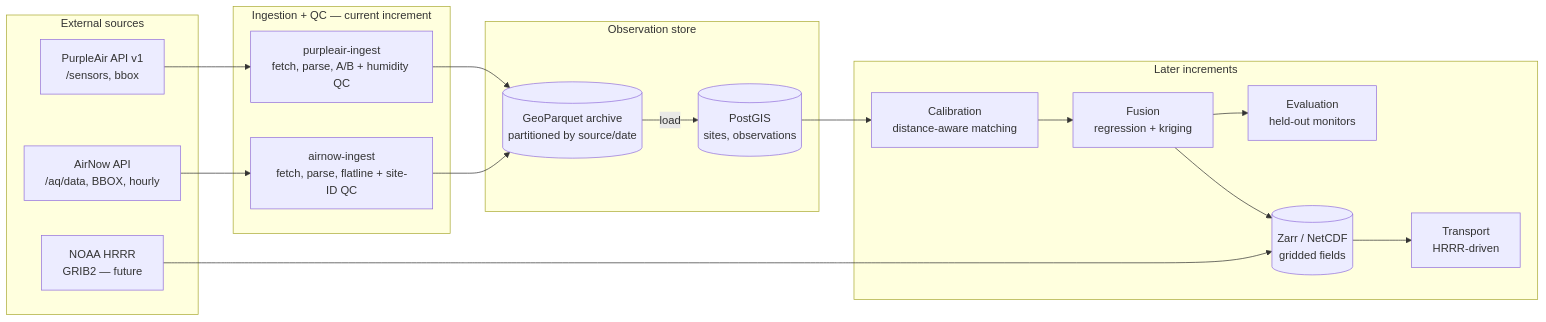
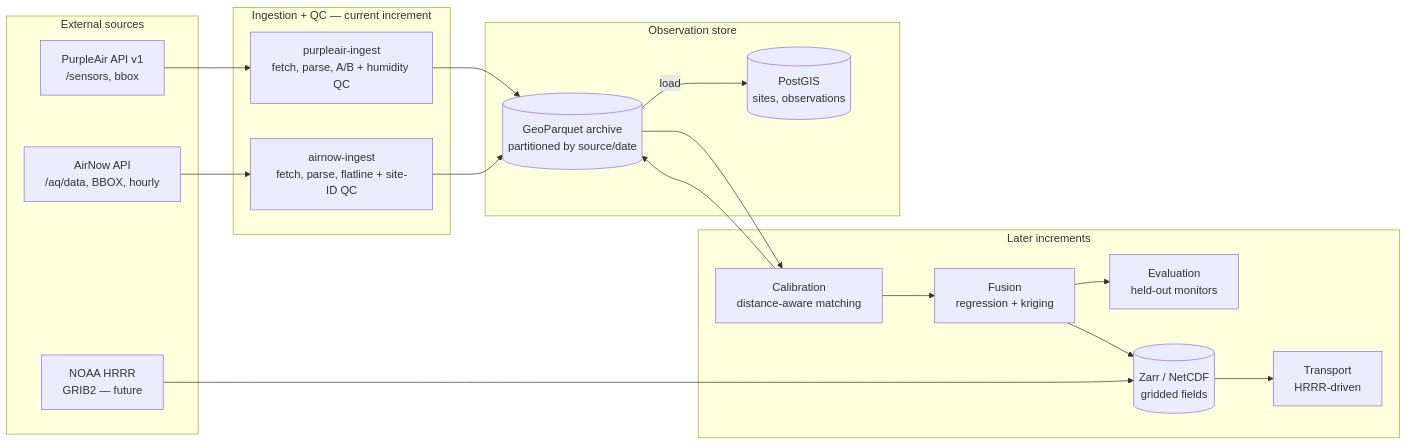
The diagram in docs/high-level-design.md (mattjtravers/air-quality-digital-twin), drawn with Mermaid before and after one commit. The commit also changed other lines of this file and 8 other files, not shown here.

````diff
--- a/docs/high-level-design.md
+++ b/docs/high-level-design.md
@@ -125,33 +125,34 @@
 ```mermaid
 flowchart LR
     subgraph sources [External sources]
         PA[PurpleAir API v1<br/>/sensors, bbox]
         AN[AirNow API<br/>/aq/data, BBOX, hourly]
         HR[NOAA HRRR<br/>GRIB2 — future]
     end
 
     subgraph ingest [Ingestion + QC — current increment]
         PAI[purpleair-ingest<br/>fetch, parse, A/B + humidity QC]
         ANI[airnow-ingest<br/>fetch, parse, flatline + site-ID QC]
     end
 
     subgraph store [Observation store]
         ARC[(GeoParquet archive<br/>partitioned by source/date)]
         PG[(PostGIS<br/>sites, observations)]
     end
 
     subgraph future [Later increments]
         CAL[Calibration<br/>distance-aware matching]
         FUS[Fusion<br/>regression + kriging]
         TRN[Transport<br/>HRRR-driven]
         EVL[Evaluation<br/>held-out monitors]
         ZR[(Zarr / NetCDF<br/>gridded fields)]
     end
 
     PA --> PAI --> ARC
     AN --> ANI --> ARC
     ARC -->|load| PG
-    PG --> CAL --> FUS --> EVL
+    ARC --> CAL --> ARC
+    CAL --> FUS --> EVL
     HR --> ZR --> TRN
     FUS --> ZR
 ```
````
